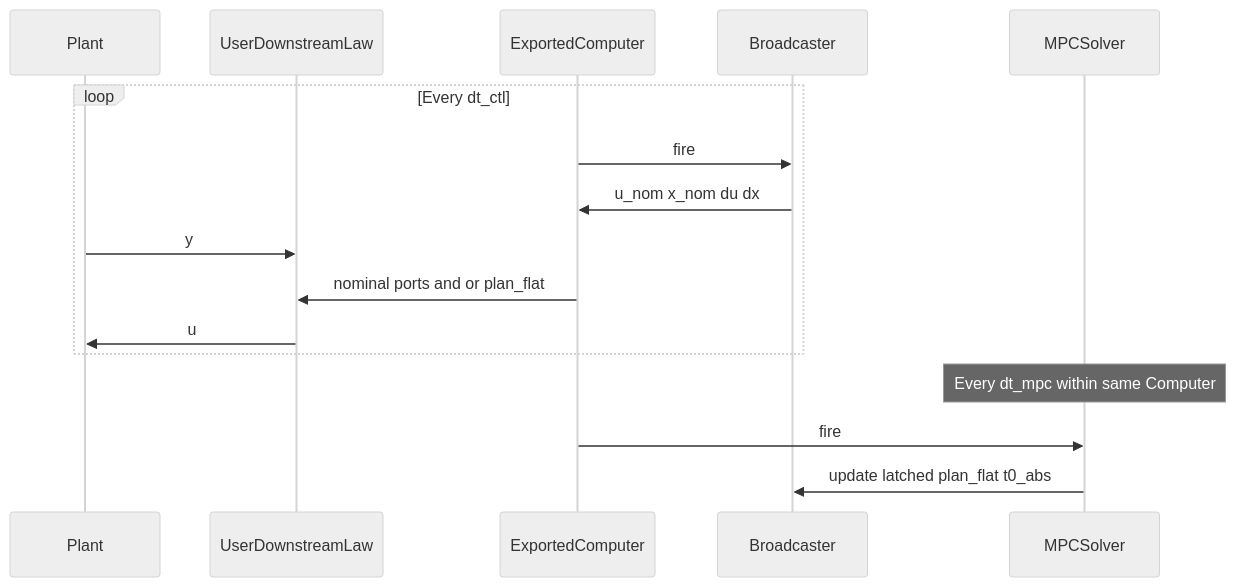
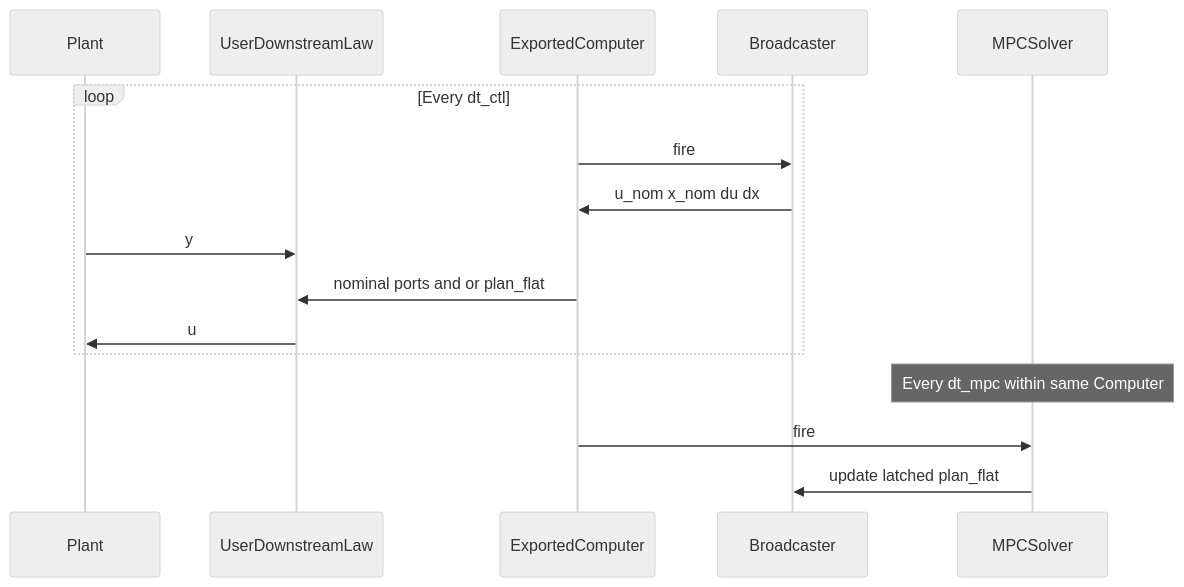
One commit to alx87grd/minilink changed the second of 2 diagrams in docs/plans/mpc-controller-architecture.md. Above: the diagram before and after it, drawn with Mermaid (neutral theme). The commit also changed other lines of this file, not shown here.

````diff
--- a/docs/plans/mpc-controller-architecture.md
+++ b/docs/plans/mpc-controller-architecture.md
@@ -159,19 +159,19 @@
 ```mermaid
 sequenceDiagram
   participant Plant
   participant UserLaw as UserDownstreamLaw
   participant Comp as ExportedComputer
   participant Bcast as Broadcaster
   participant Solver as MPCSolver
 
   loop Every dt_ctl
     Comp->>Bcast: fire
     Bcast->>Comp: u_nom x_nom du dx
     Plant->>UserLaw: y
     Comp->>UserLaw: nominal ports and or plan_flat
     UserLaw->>Plant: u
   end
   Note over Solver: Every dt_mpc within same Computer
   Comp->>Solver: fire
-  Solver->>Bcast: update latched plan_flat t0_abs
+  Solver->>Bcast: update latched plan_flat
 ```
````
